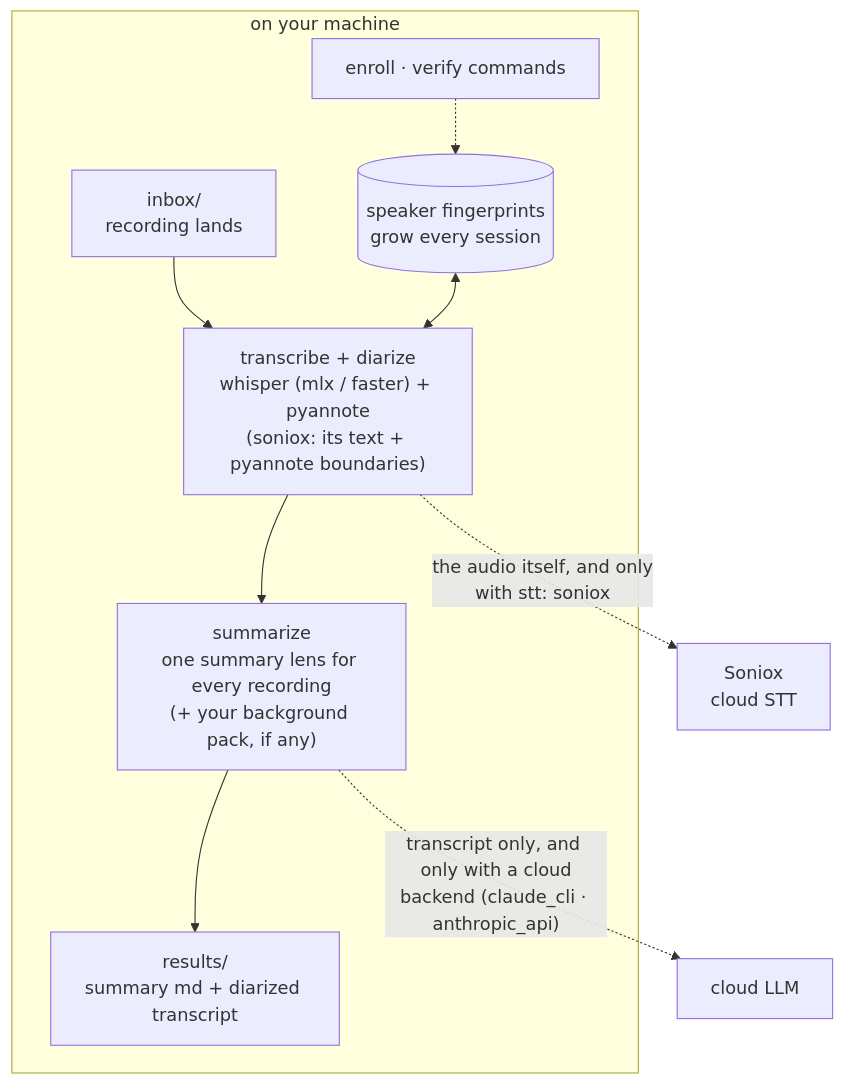
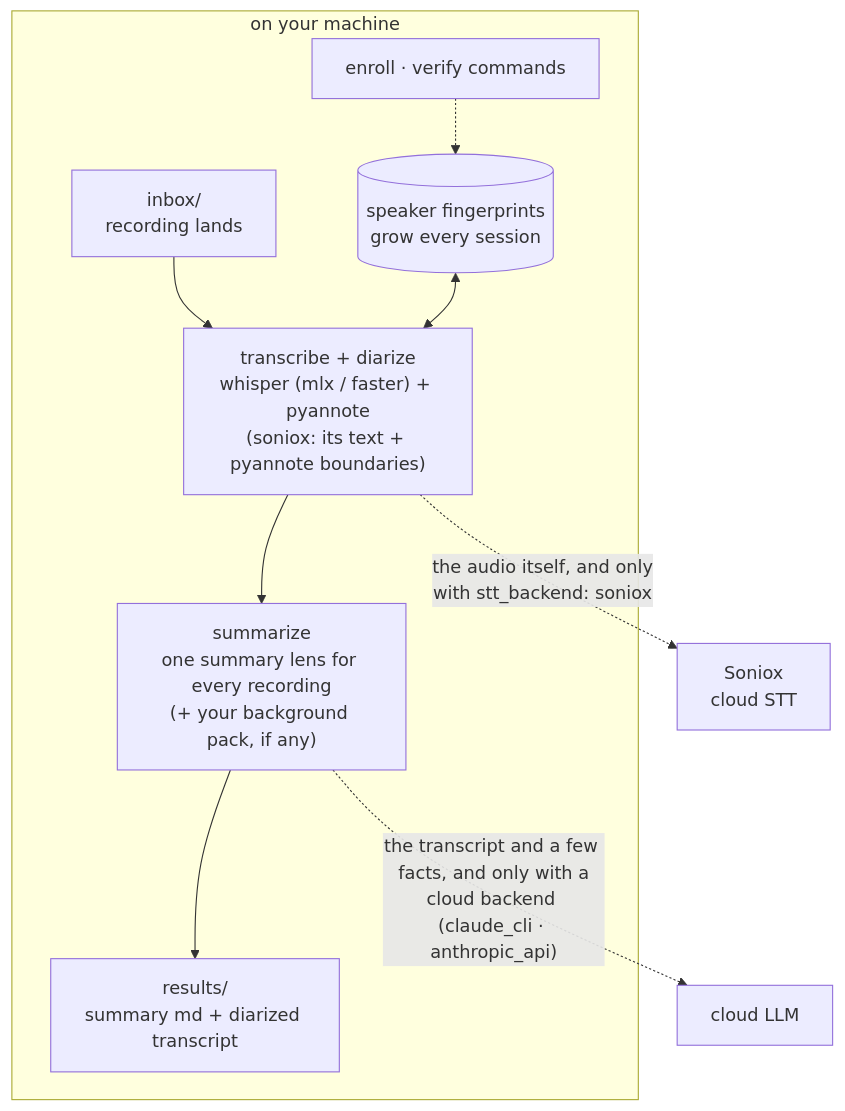
One commit to kemy-ai/moim-scribe changed the diagram in README.md. Above: the diagram before and after it, drawn with Mermaid. The commit also changed other lines of this file and 7 other files, not shown here.

````diff
--- a/README.md
+++ b/README.md
@@ -13,12 +15,12 @@
 ```mermaid
 flowchart TD
     subgraph machine["on your machine"]
         A["inbox/<br>recording lands"] --> B["transcribe + diarize<br>whisper (mlx / faster) + pyannote<br>(soniox: its text + pyannote boundaries)"]
         FP[("speaker fingerprints<br>grow every session")] <--> B
         B --> C["summarize<br>one summary lens for every recording<br>(+ your background pack, if any)"]
         C --> D["results/<br>summary md + diarized transcript"]
         V["enroll · verify commands"] -.-> FP
     end
-    B -.->|"the audio itself, and only<br>with stt: soniox"| STT["Soniox<br>cloud STT"]
-    C -.->|"transcript only, and only with a cloud<br>backend (claude_cli · anthropic_api)"| LLM["cloud LLM"]
+    B -.->|"the audio itself, and only<br>with stt_backend: soniox"| STT["Soniox<br>cloud STT"]
+    C -.->|"the transcript and a few facts, and only with a<br>cloud backend (claude_cli · anthropic_api)"| LLM["cloud LLM"]
 ```
````
